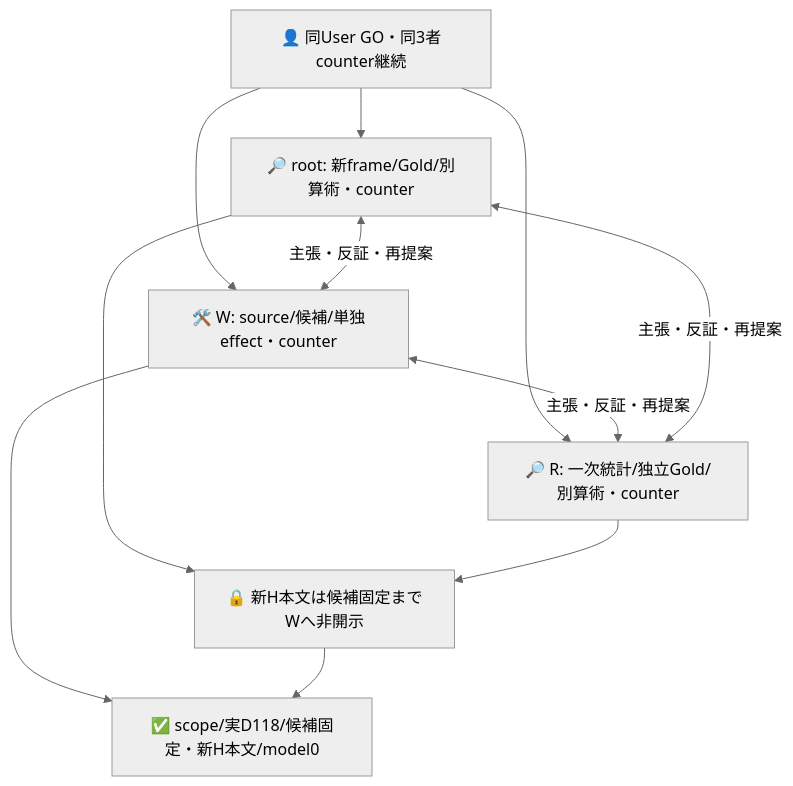
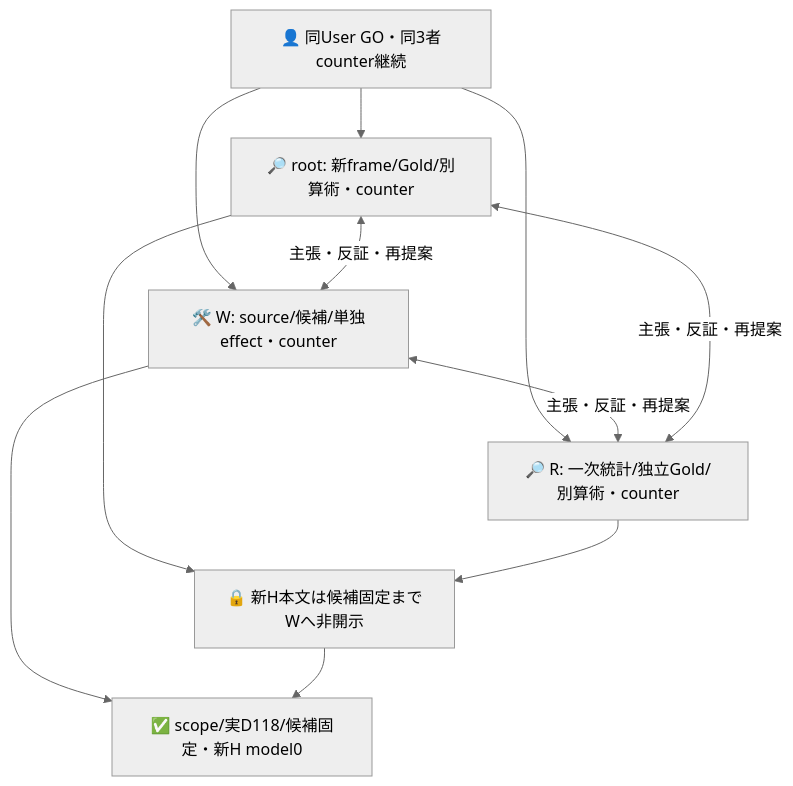
The first of 2 diagrams in experiments/sys1-eval-loop/observation/README.md (roccho-org/ops), drawn with Mermaid (neutral theme) before and after one commit. The commit also changed other lines of this file and 10 other files, not shown here.

````diff
--- a/experiments/sys1-eval-loop/observation/README.md
+++ b/experiments/sys1-eval-loop/observation/README.md
@@ -67,13 +73,13 @@
 ```mermaid
 flowchart TB
   U["👤 同User GO・同3者counter継続"] --> P["🔎 root: 新frame/Gold/別算術・counter"]
   U --> W["🛠️ W: source/候補/単独effect・counter"]
   U --> R["🔎 R: 一次統計/独立Gold/別算術・counter"]
   P <-->|主張・反証・再提案| W
   W <-->|主張・反証・再提案| R
   R <-->|主張・反証・再提案| P
   P --> K["🔒 新H本文は候補固定までWへ非開示"]
   R --> K
-  W --> C["✅ scope/実D118/候補固定・新H本文/model0"]
+  W --> C["✅ scope/実D118/候補固定・新H model0"]
   K --> C
 ```
````
